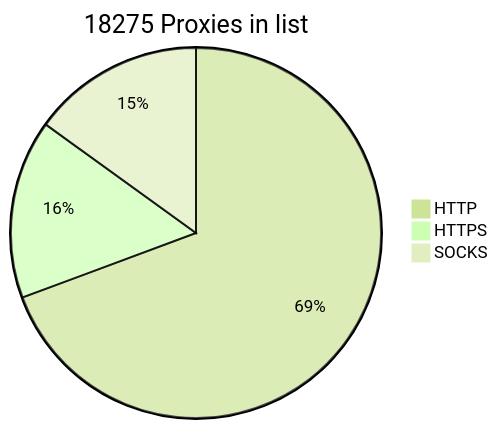
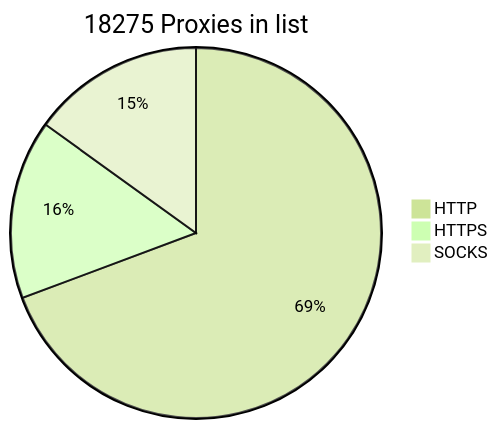
Before and after one commit to BlackSnowDot/proxylist-update-every-minute: the diagram in README.md, drawn with Mermaid (forest theme).

````diff
--- a/README.md
+++ b/README.md
@@ -2,6 +2,6 @@
 ```mermaid
 pie title 18275 Proxies in list
-    "HTTP" : 13668
+    "HTTP" : 13652
     "HTTPS": 3079
-    "SOCKS" : 2965
+    "SOCKS" : 2966
 ```
````
